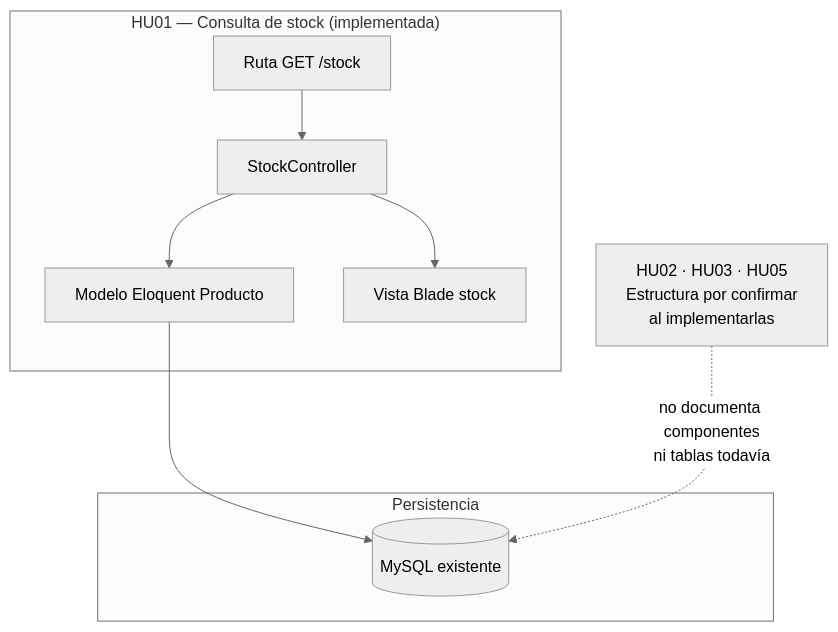
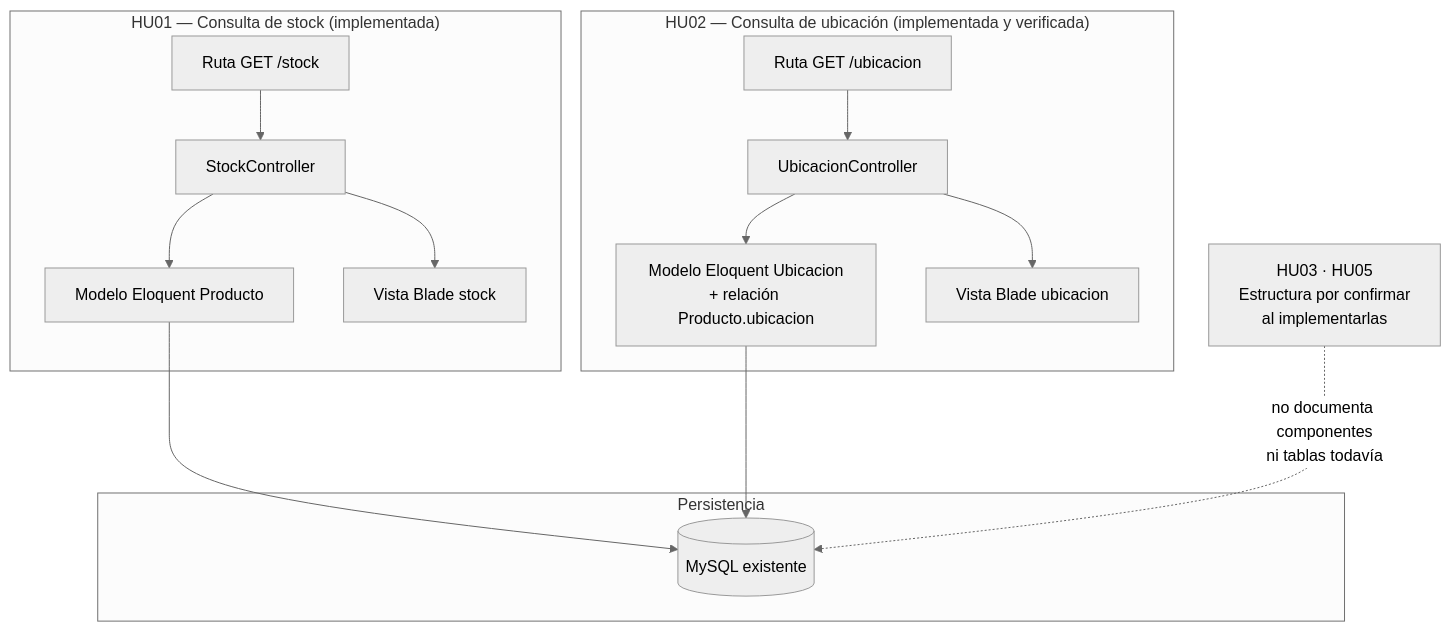
The third of 5 diagrams in .kiro/specs/hegia-stock/design.md (Jesus0611-ux/asistente-hegiapesa), drawn with Mermaid (neutral theme) before and after one commit. The commit also changed other lines of this file and 1 other file, not shown here.

````diff
--- a/.kiro/specs/hegia-stock/design.md
+++ b/.kiro/specs/hegia-stock/design.md
@@ -77,20 +77,30 @@
 ```mermaid
 flowchart TB
     subgraph HU01["HU01 — Consulta de stock (implementada)"]
         ROUTE["Ruta GET /stock"]
         CTRL["StockController"]
         MODEL["Modelo Eloquent Producto"]
         VIEW["Vista Blade stock"]
     end
 
     subgraph Data["Persistencia"]
         DB[("MySQL existente")]
     end
 
     ROUTE --> CTRL --> MODEL --> DB
     CTRL --> VIEW
 
-    FUTURE["HU02 · HU03 · HU05\nEstructura por confirmar\nal implementarlas"]
+    subgraph HU02["HU02 — Consulta de ubicación (implementada y verificada)"]
+        ROUTE2["Ruta GET /ubicacion"]
+        LOCATION_CTRL["UbicacionController"]
+        LOCATION_MODEL["Modelo Eloquent Ubicacion\n+ relación Producto.ubicacion"]
+        LOCATION_VIEW["Vista Blade ubicacion"]
+    end
+
+    ROUTE2 --> LOCATION_CTRL --> LOCATION_MODEL --> DB
+    LOCATION_CTRL --> LOCATION_VIEW
+
+    FUTURE["HU03 · HU05\nEstructura por confirmar\nal implementarlas"]
     FUTURE -. "no documenta componentes\nni tablas todavía" .-> DB
 
 ```
````
